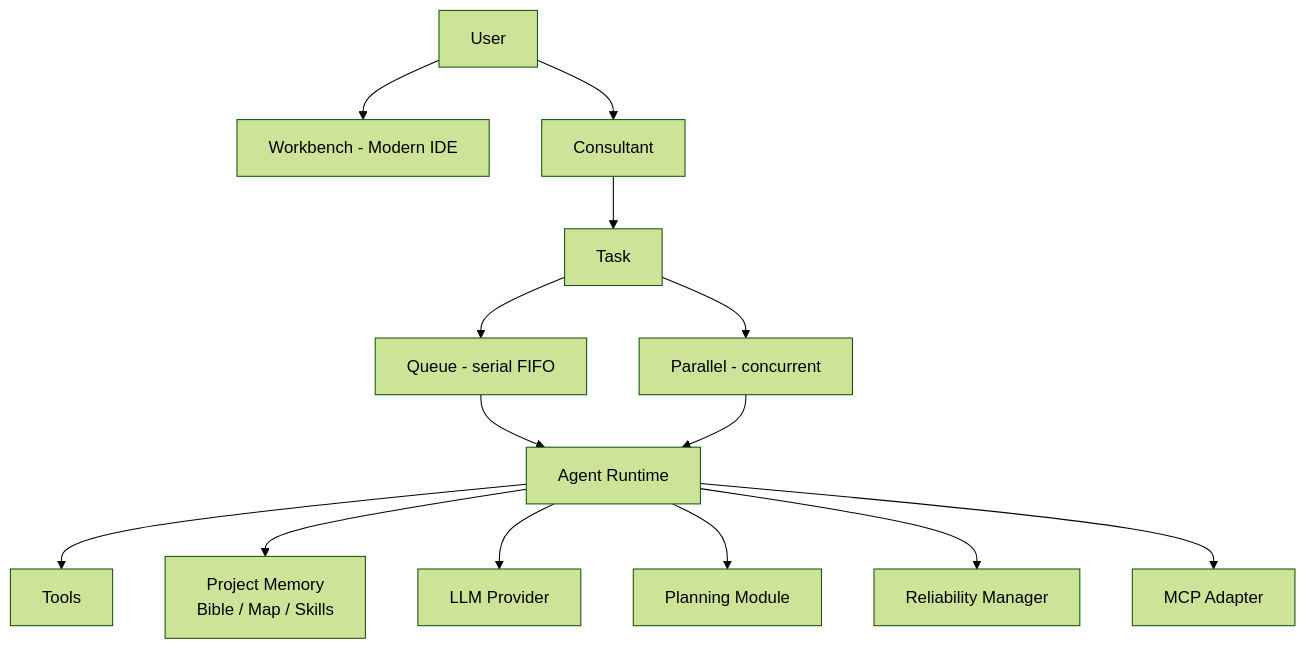
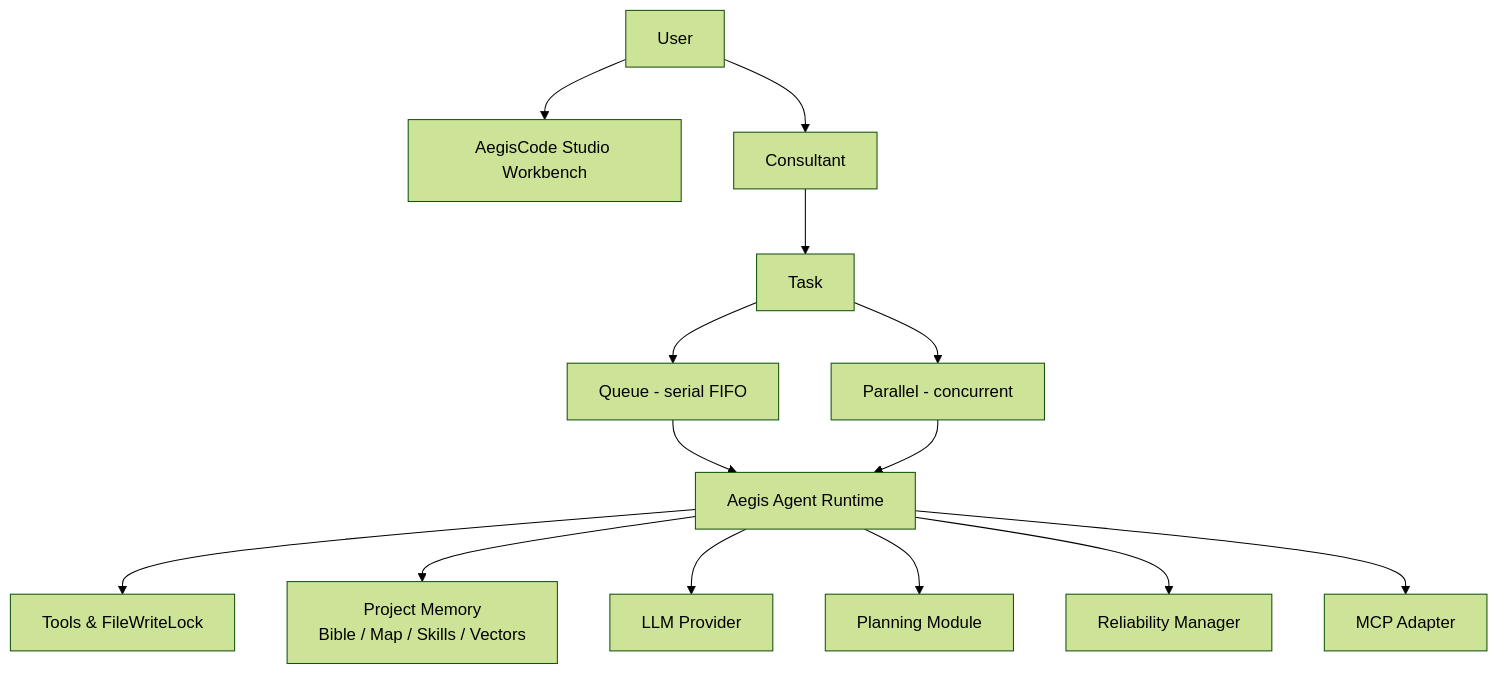
One commit to aditlab-code/aegiscode changed the diagram in README.md. Above: the diagram before and after it, drawn with Mermaid (forest theme). The commit also changed other lines of this file and 90 other files, not shown here.

First line of the commit message:
feat: migrasi branding penuh dari Aether ke AegisCode

````diff
--- a/README.md
+++ b/README.md
@@ -410,16 +406,16 @@
 ```mermaid
 flowchart TD
-  U[User] --> W[Workbench - Modern IDE]
+  U[User] --> W[AegisCode Studio Workbench]
   U --> C[Consultant]
   C --> T[Task]
   T --> Q[Queue - serial FIFO]
   T --> P[Parallel - concurrent]
-  Q --> R[Agent Runtime]
+  Q --> R[Aegis Agent Runtime]
   P --> R
-  R --> TL[Tools]
-  R --> PM[Project Memory\nBible / Map / Skills]
+  R --> TL[Tools & FileWriteLock]
+  R --> PM[Project Memory\nBible / Map / Skills / Vectors]
   R --> LLM[LLM Provider]
   R --> PL[Planning Module]
   R --> RL[Reliability Manager]
   R --> MCP[MCP Adapter]
 ```
````
